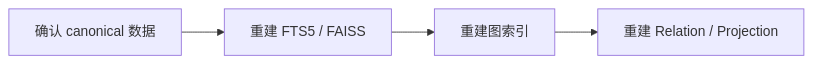
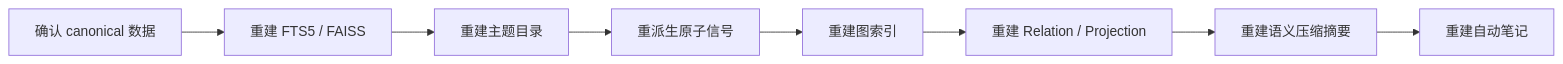
The diagram in website/docs/concepts/memory-lifecycle.md (INSide-734/astrbot_plugin_memora), drawn with Mermaid before and after one commit. The commit also changed other lines of this file and 11 other files, not shown here.

````diff
--- a/website/docs/concepts/memory-lifecycle.md
+++ b/website/docs/concepts/memory-lifecycle.md
@@ -31,6 +35,10 @@
 ```mermaid
 flowchart LR
-    Canonical["确认 canonical 数据"] --> Search["重建 FTS5 / FAISS"]
-    Search --> Graph["重建图索引"]
+    Canonical["确认 canonical 数据"] --> Indexes["重建 FTS5 / FAISS"]
+    Indexes --> Catalog["重建主题目录"]
+    Catalog --> Atoms["重派生原子信号"]
+    Atoms --> Graph["重建图索引"]
     Graph --> Evolution["重建 Relation / Projection"]
+    Evolution --> Compression["重建语义压缩摘要"]
+    Compression --> Notes["重建自动笔记"]
 ```
````
